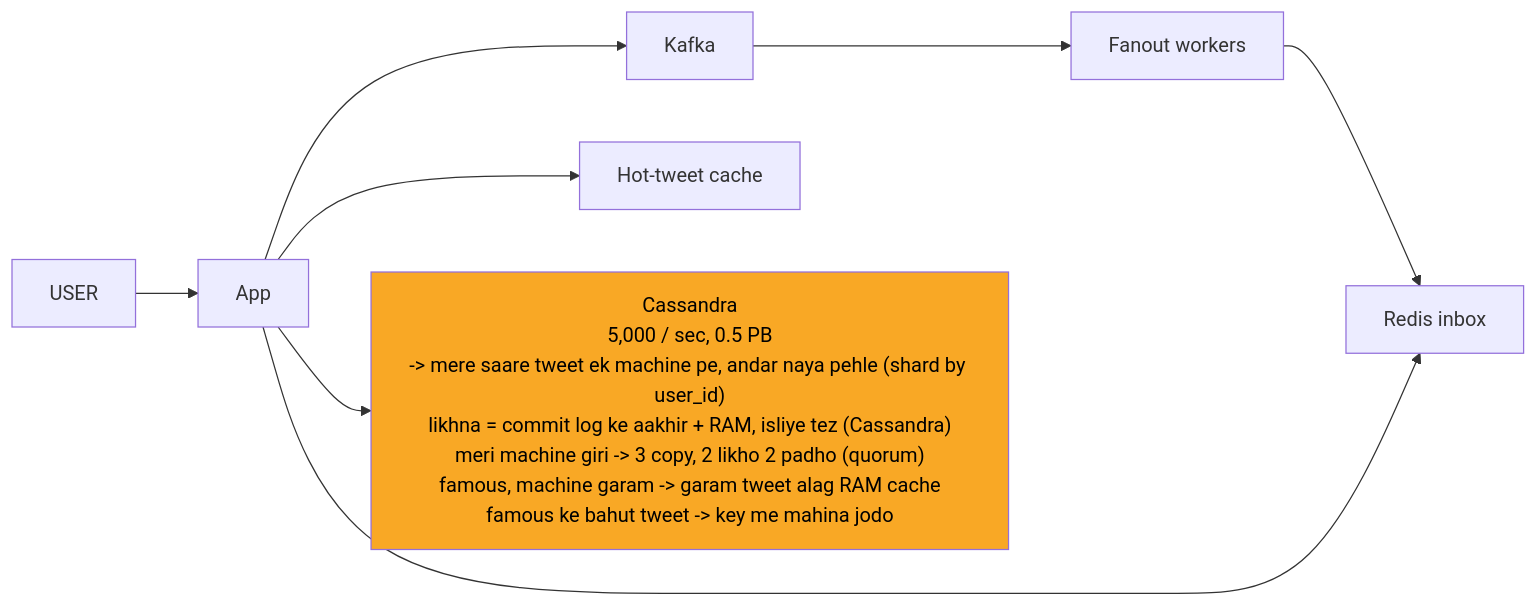
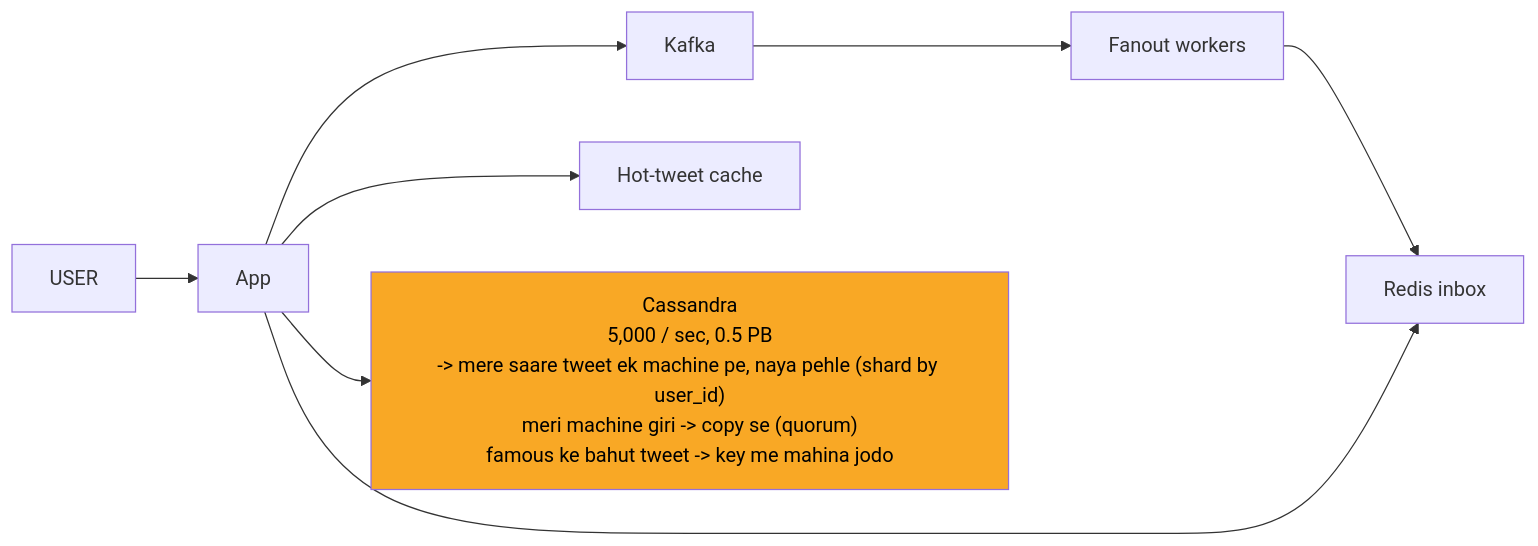
Before and after one commit to ArpanMaheshwari144/Prep: the diagram in 04_HLD/SYSTEM_DESIGNS/03_twitter_feed/img/c6.mmd, drawn with Mermaid. The commit also changed 42 other files, not shown here.

```diff
--- a/04_HLD/SYSTEM_DESIGNS/03_twitter_feed/img/c6.mmd
+++ b/04_HLD/SYSTEM_DESIGNS/03_twitter_feed/img/c6.mmd
@@ -1,17 +1,17 @@
 %%{init: {"flowchart": {"wrappingWidth": 450}}}%%
 flowchart LR
     n_USER["USER"]
     n_App["App"]
     n_Kafka["Kafka"]
     n_Fanout_workers["Fanout workers"]
     n_Redis_inbox["Redis inbox"]
     n_Hot_tweet_cache["Hot-tweet cache"]
-    n_Cassandra["Cassandra<br/>5,000 / sec, 0.5 PB<br/>-> mere saare tweet ek machine pe, andar naya pehle (shard by user_id)<br/>likhna = commit log ke aakhir + RAM, isliye tez (Cassandra)<br/>meri machine giri -> 3 copy, 2 likho 2 padho (quorum)<br/>famous, machine garam -> garam tweet alag RAM cache<br/>famous ke bahut tweet -> key me mahina jodo"]
+    n_Cassandra["Cassandra<br/>5,000 / sec, 0.5 PB<br/>-> mere saare tweet ek machine pe, naya pehle (shard by user_id)<br/>meri machine giri -> copy se (quorum)<br/>famous ke bahut tweet -> key me mahina jodo"]
     n_USER --> n_App
     n_App --> n_Kafka
     n_App --> n_Hot_tweet_cache
     n_App --> n_Cassandra
     n_Kafka --> n_Fanout_workers
     n_Fanout_workers --> n_Redis_inbox
     n_App --> n_Redis_inbox
     style n_Cassandra fill:#f9a825,color:#000
```
